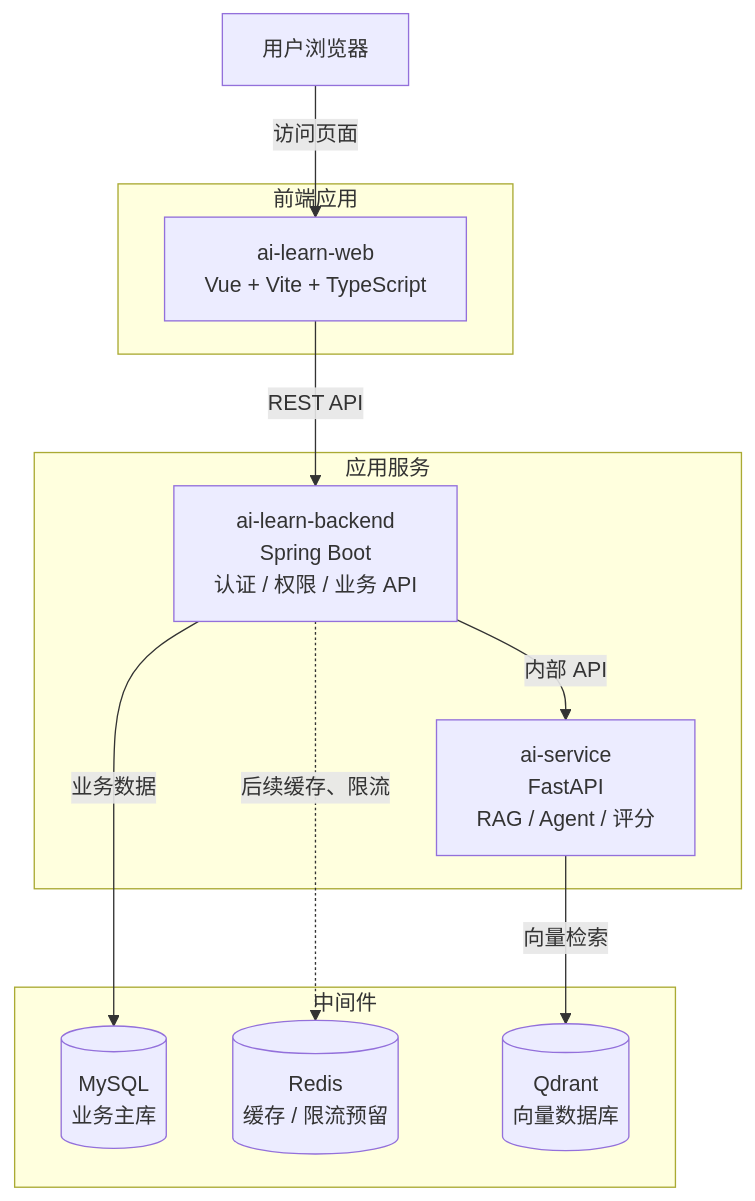
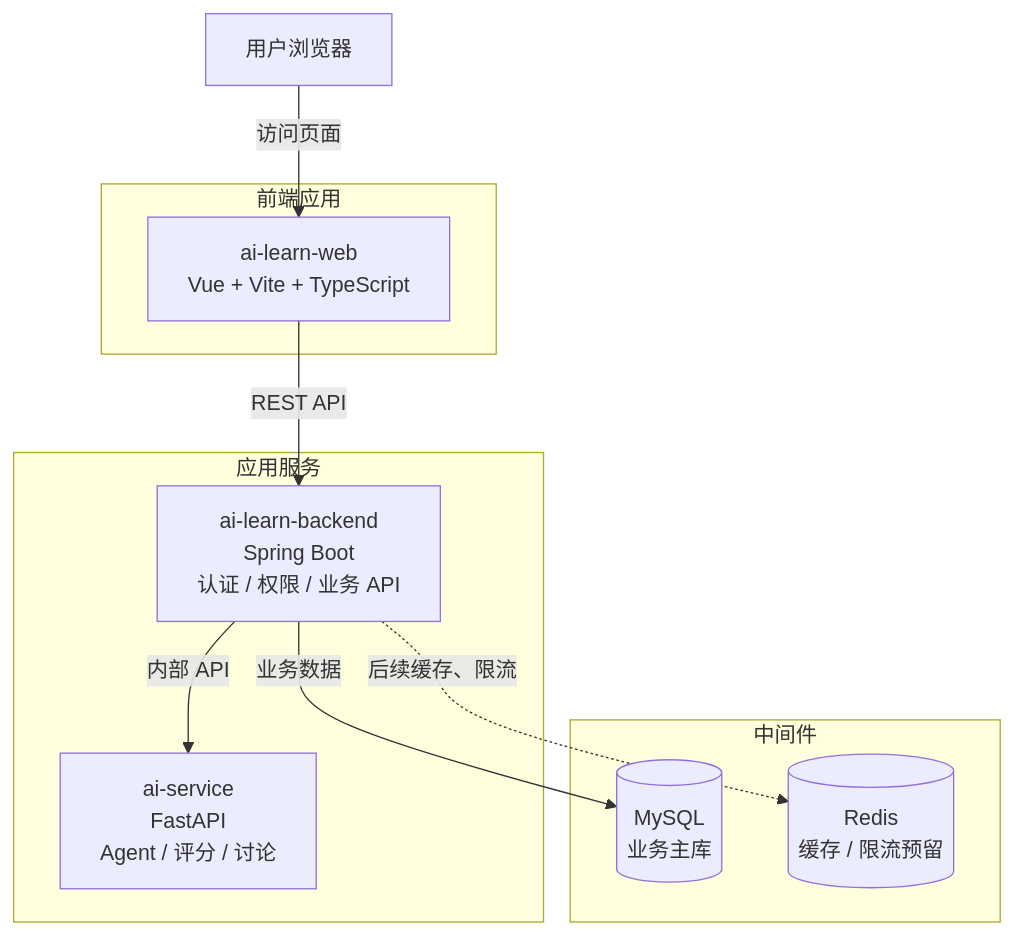
One commit to Earth-OL-Player/ai_learn_project changed the diagram in doc/2.架构设计/2.1架构设计文档.md. Above: the diagram before and after it, drawn with Mermaid. The commit also changed other lines of this file and 79 other files, not shown here.

````diff
--- a/doc/2.架构设计/2.1架构设计文档.md
+++ b/doc/2.架构设计/2.1架构设计文档.md
@@ -22,26 +22,24 @@
 ```mermaid
 flowchart TB
     user["用户浏览器"]
 
     subgraph client["前端应用"]
         web["ai-learn-web<br/>Vue + Vite + TypeScript"]
     end
 
     subgraph app["应用服务"]
         backend["ai-learn-backend<br/>Spring Boot<br/>认证 / 权限 / 业务 API"]
-        ai["ai-service<br/>FastAPI<br/>RAG / Agent / 评分"]
+        ai["ai-service<br/>FastAPI<br/>Agent / 评分 / 讨论"]
     end
 
     subgraph middleware["中间件"]
         mysql[("MySQL<br/>业务主库")]
         redis[("Redis<br/>缓存 / 限流预留")]
-        qdrant[("Qdrant<br/>向量数据库")]
     end
 
     user -->|访问页面| web
     web -->|REST API| backend
     backend -->|业务数据| mysql
     backend -.->|后续缓存、限流| redis
     backend -->|内部 API| ai
-    ai -->|向量检索| qdrant
 ```
````
